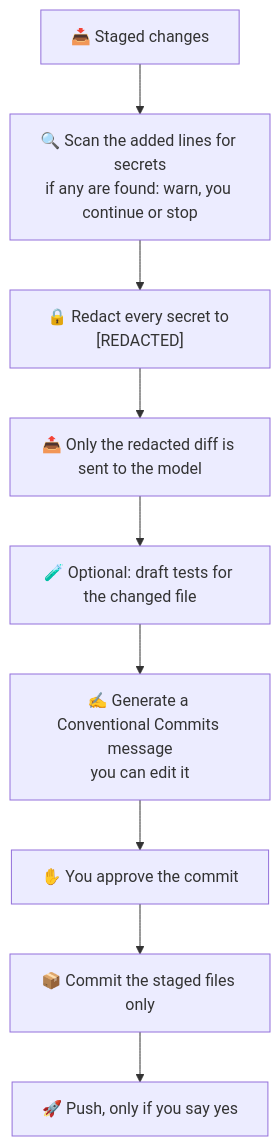
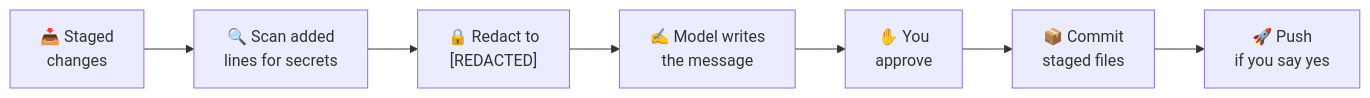
Before and after one commit to santanusetu/ai-commit-guard: the diagram in README.md, drawn with Mermaid. The commit also changed other lines of this file, not shown here.

Commit message:
Make the How it works flowchart horizontal and compact

````diff
--- a/README.md
+++ b/README.md
@@ -70,11 +70,9 @@
 ```mermaid
-flowchart TB
-    A["📥 Staged changes"] --> B["🔍 Scan the added lines for secrets<br/>if any are found: warn, you continue or stop"]
-    B --> R["🔒 Redact every secret to [REDACTED]"]
-    R --> D["📤 Only the redacted diff is sent to the model"]
-    D --> T["🧪 Optional: draft tests for the changed file"]
-    T --> M["✍️ Generate a Conventional Commits message<br/>you can edit it"]
-    M --> E["✋ You approve the commit"]
-    E --> G["📦 Commit the staged files only"]
-    G --> P["🚀 Push, only if you say yes"]
+flowchart LR
+    A["📥 Staged<br/>changes"] --> B["🔍 Scan added<br/>lines for secrets"]
+    B --> R["🔒 Redact to<br/>[REDACTED]"]
+    R --> M["✍️ Model writes<br/>the message"]
+    M --> E["✋ You<br/>approve"]
+    E --> G["📦 Commit<br/>staged files"]
+    G --> P["🚀 Push<br/>if you say yes"]
 ```
````
